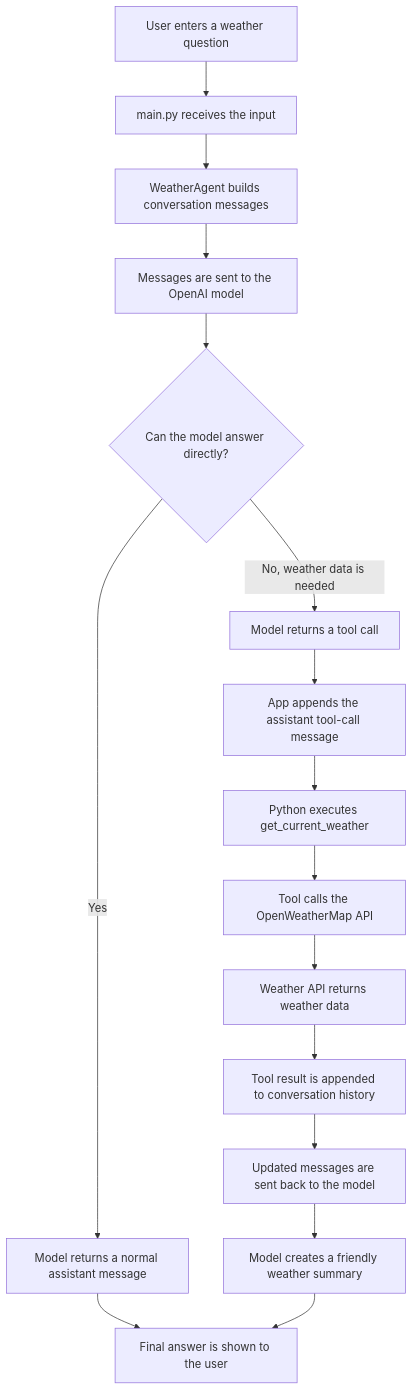
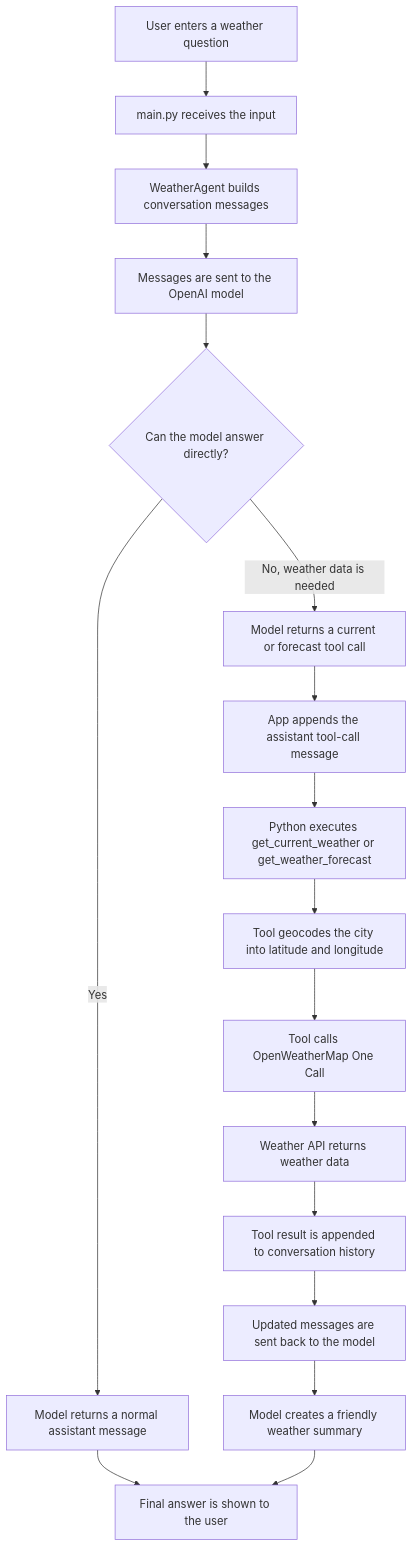
One commit to eczhang12/Weather-Agent changed the diagram in README.md. Above: the diagram before and after it, drawn with Mermaid. The commit also changed other lines of this file and 4 other files, not shown here.

Commit message:
Preliminary Changes to moving to OneCall Subscription for OpenWeather API and add another tool for Forecasting 1-8 Days

````diff
--- a/README.md
+++ b/README.md
@@ -99,18 +103,19 @@
 ```mermaid
 flowchart TD
     A[User enters a weather question] --> B[main.py receives the input]
     B --> C[WeatherAgent builds conversation messages]
     C --> D[Messages are sent to the OpenAI model]
     D --> E{Can the model answer directly?}
     E -->|Yes| F[Model returns a normal assistant message]
     F --> G[Final answer is shown to the user]
-    E -->|No, weather data is needed| H[Model returns a tool call]
+    E -->|No, weather data is needed| H[Model returns a current or forecast tool call]
     H --> I[App appends the assistant tool-call message]
-    I --> J[Python executes get_current_weather]
-    J --> K[Tool calls the OpenWeatherMap API]
-    K --> L[Weather API returns weather data]
-    L --> M[Tool result is appended to conversation history]
-    M --> N[Updated messages are sent back to the model]
-    N --> O[Model creates a friendly weather summary]
-    O --> G
+    I --> J[Python executes get_current_weather or get_weather_forecast]
+    J --> K[Tool geocodes the city into latitude and longitude]
+    K --> L[Tool calls OpenWeatherMap One Call]
+    L --> M[Weather API returns weather data]
+    M --> N[Tool result is appended to conversation history]
+    N --> O[Updated messages are sent back to the model]
+    O --> P[Model creates a friendly weather summary]
+    P --> G
 ```
````
